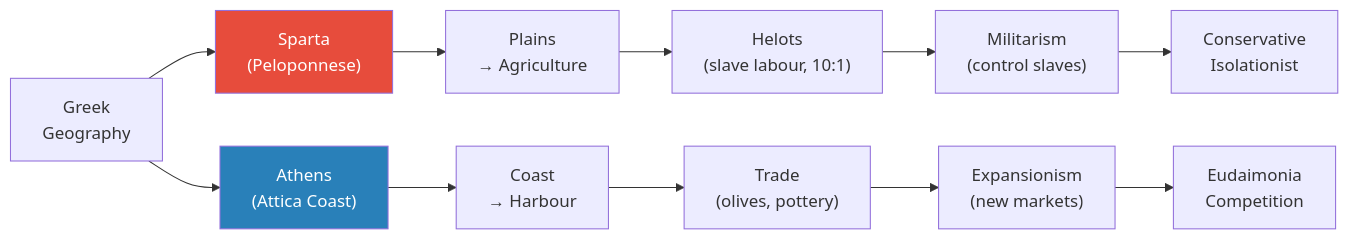
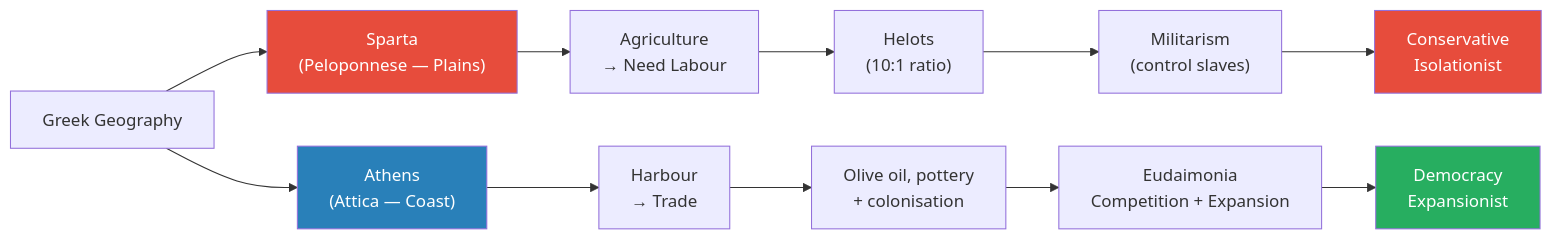
One commit to alius33/reader changed the first of 6 diagrams in summaries/Lectures/Civilization/08 - Rat Utopia and the Peloponnesian War.md. Above: the diagram before and after it, drawn with Mermaid. The commit also changed other lines of this file and 26 other files, not shown here.

````diff
--- a/summaries/Lectures/Civilization/08 - Rat Utopia and the Peloponnesian War.md
+++ b/summaries/Lectures/Civilization/08 - Rat Utopia and the Peloponnesian War.md
@@ -43,15 +58,17 @@
 ```mermaid
 flowchart LR
-    G["Greek<br/>Geography"] --> SP["Sparta<br/>(Peloponnese)"]
-    G --> AT["Athens<br/>(Attica Coast)"]
-    SP --> P["Plains<br/>→ Agriculture"]
-    P --> H["Helots<br/>(slave labour, 10:1)"]
-    H --> M["Militarism<br/>(control slaves)"]
-    M --> CON["Conservative<br/>Isolationist"]
-    AT --> C["Coast<br/>→ Harbour"]
-    C --> T["Trade<br/>(olives, pottery)"]
-    T --> EX["Expansionism<br/>(new markets)"]
-    EX --> EU["Eudaimonia<br/>Competition"]
+    G["Greek Geography"] --> SP["Sparta<br/>(Peloponnese — Plains)"]
+    G --> AT["Athens<br/>(Attica — Coast)"]
+    SP --> SL["Agriculture<br/>→ Need Labour"]
+    SL --> SH["Helots<br/>(10:1 ratio)"]
+    SH --> SM["Militarism<br/>(control slaves)"]
+    SM --> SC["Conservative<br/>Isolationist"]
+    AT --> AC["Harbour<br/>→ Trade"]
+    AC --> AT2["Olive oil, pottery<br/>+ colonisation"]
+    AT2 --> AE["Eudaimonia<br/>Competition + Expansion"]
+    AE --> AD["Democracy<br/>Expansionist"]
     style SP fill:#e74c3c,color:#fff
     style AT fill:#2980b9,color:#fff
+    style SC fill:#e74c3c,color:#fff
+    style AD fill:#27ae60,color:#fff
 ```
````
